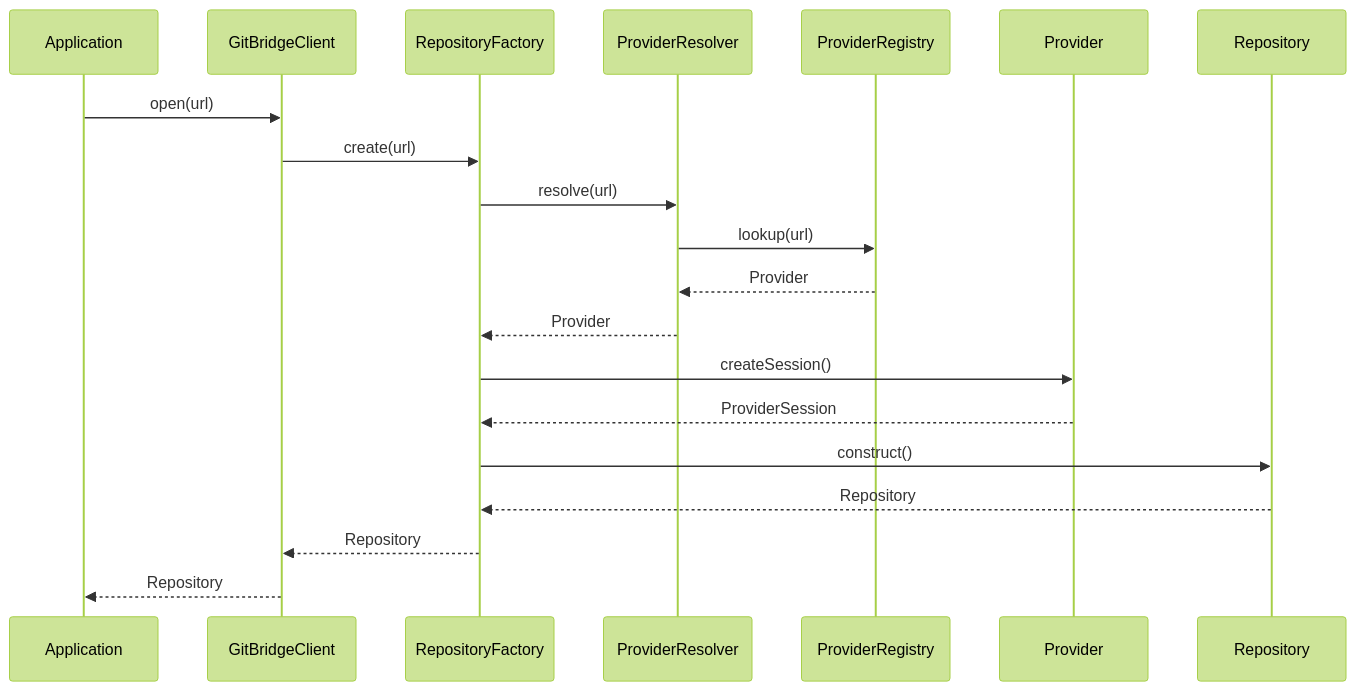
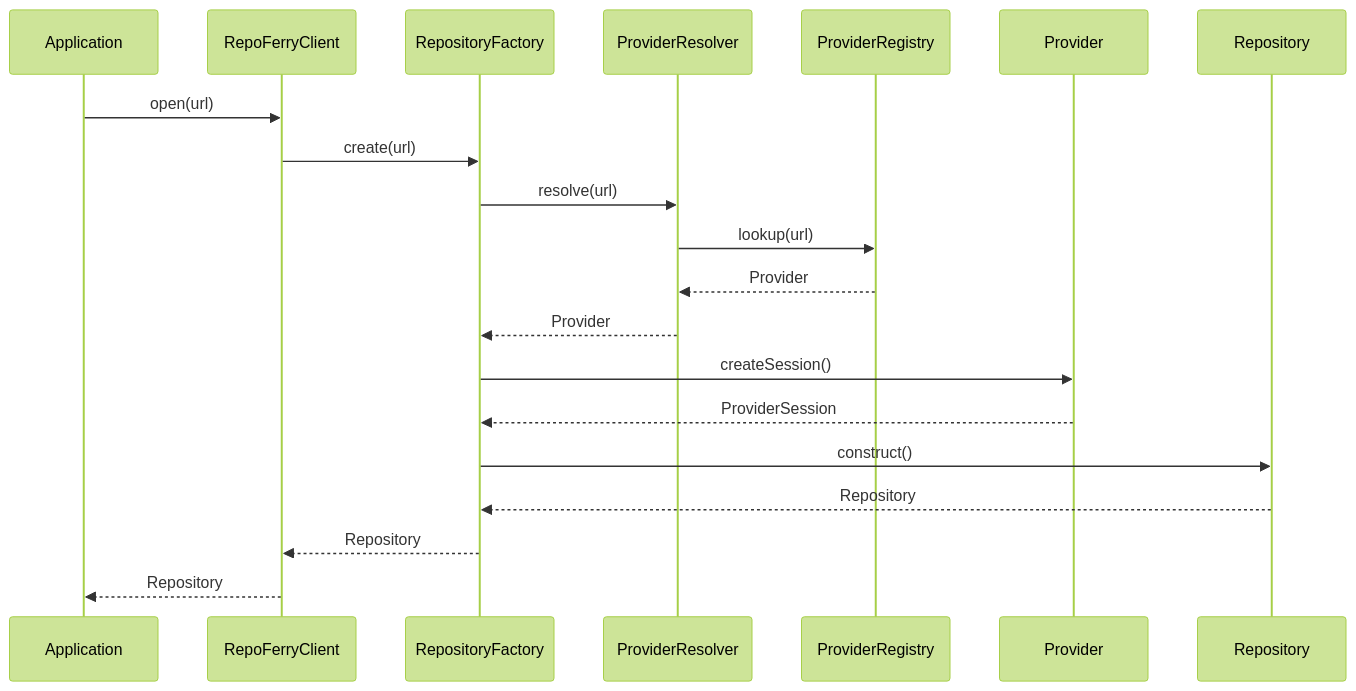
The seventh of 10 diagrams in docs/architecture/adr/ADR-004.md (mriduldey/git-bridge), drawn with Mermaid (forest theme) before and after one commit. The commit also changed other lines of this file and 119 other files, not shown here.

````diff
--- a/docs/architecture/adr/ADR-004.md
+++ b/docs/architecture/adr/ADR-004.md
@@ -802,27 +802,27 @@
 ```mermaid
 sequenceDiagram
 
-Application->>GitBridgeClient: open(url)
+Application->>RepoFerryClient: open(url)
 
-GitBridgeClient->>RepositoryFactory: create(url)
+RepoFerryClient->>RepositoryFactory: create(url)
 
 RepositoryFactory->>ProviderResolver: resolve(url)
 
 ProviderResolver->>ProviderRegistry: lookup(url)
 
 ProviderRegistry-->>ProviderResolver: Provider
 
 ProviderResolver-->>RepositoryFactory: Provider
 
 RepositoryFactory->>Provider: createSession()
 
 Provider-->>RepositoryFactory: ProviderSession
 
 RepositoryFactory->>Repository: construct()
 
 Repository-->>RepositoryFactory: Repository
 
-RepositoryFactory-->>GitBridgeClient: Repository
+RepositoryFactory-->>RepoFerryClient: Repository
 
-GitBridgeClient-->>Application: Repository
+RepoFerryClient-->>Application: Repository
 ```
````
